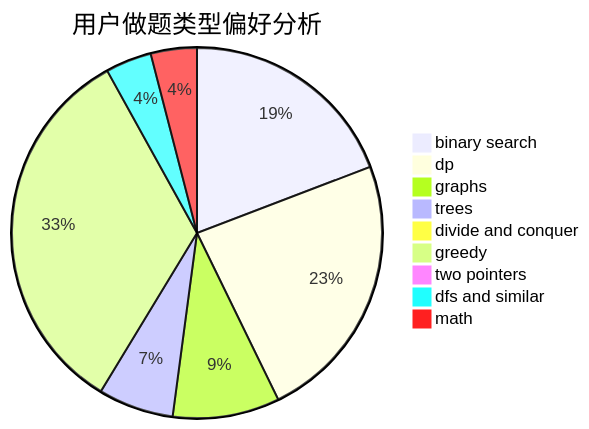
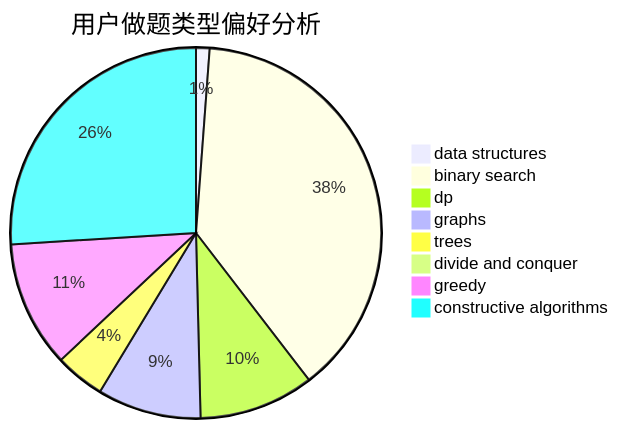
One commit to sherpahu/cfrs.github.io changed the second of 3 diagrams in docs/user/u1810.md. Above: the diagram before and after it, drawn with Mermaid. The commit also changed other lines of this file and 2775 other files, not shown here.

````diff
--- a/docs/user/u1810.md
+++ b/docs/user/u1810.md
@@ -23,12 +23,11 @@
 ```mermaid
 pie title 用户做题类型偏好分析
-    "binary search" :  210
-    "dp" :  258
-    "graphs" :  102
-    "trees" :  72
-    "divide and conquer" :  5
-    "greedy" :  364
-    "two pointers" :  0
-    "dfs and similar" :  44
-    "math" :  44
+    "data structures" :  6
+    "binary search" :  195
+    "dp" :  51
+    "graphs" :  46
+    "trees" :  22
+    "divide and conquer" :  0
+    "greedy" :  56
+    "constructive algorithms" :  132
 ```
````
